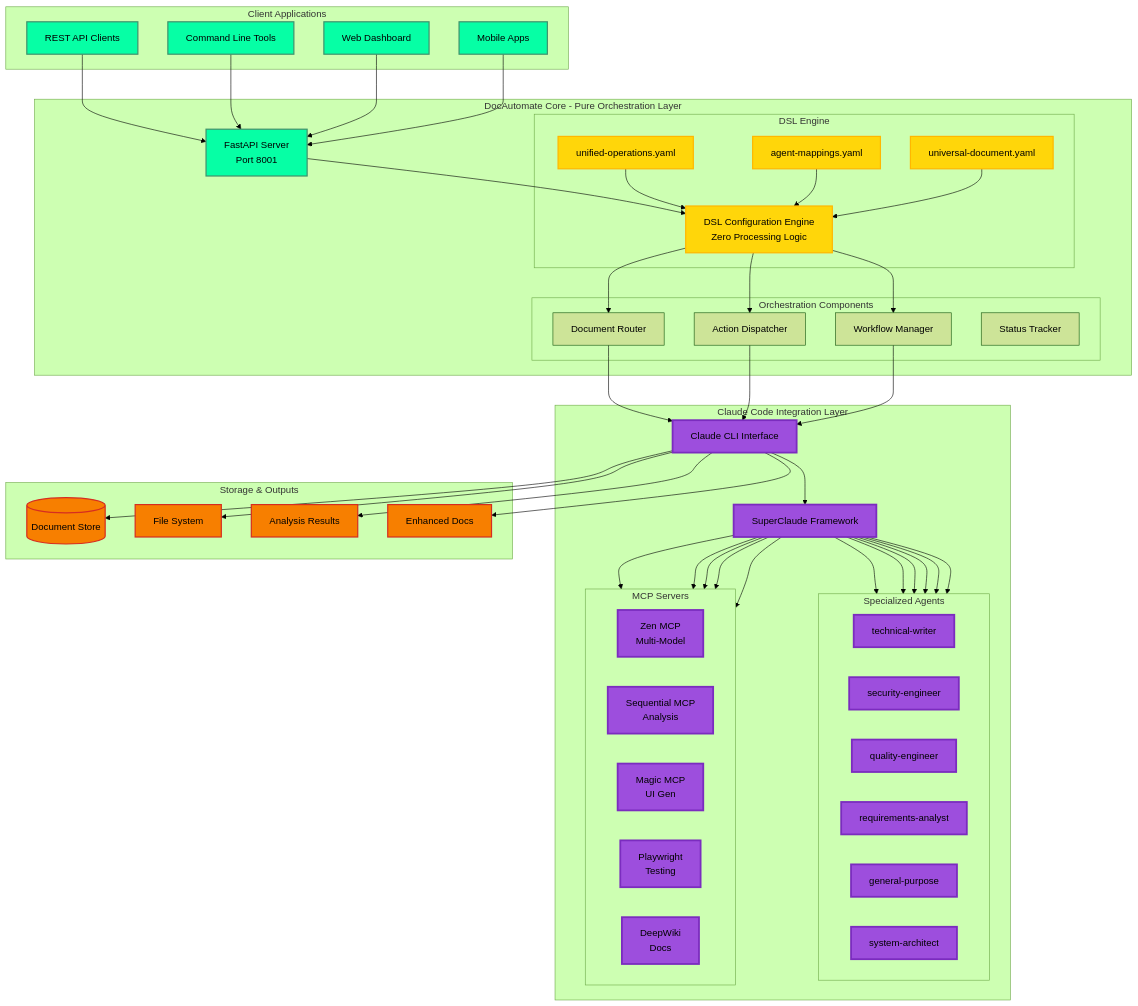
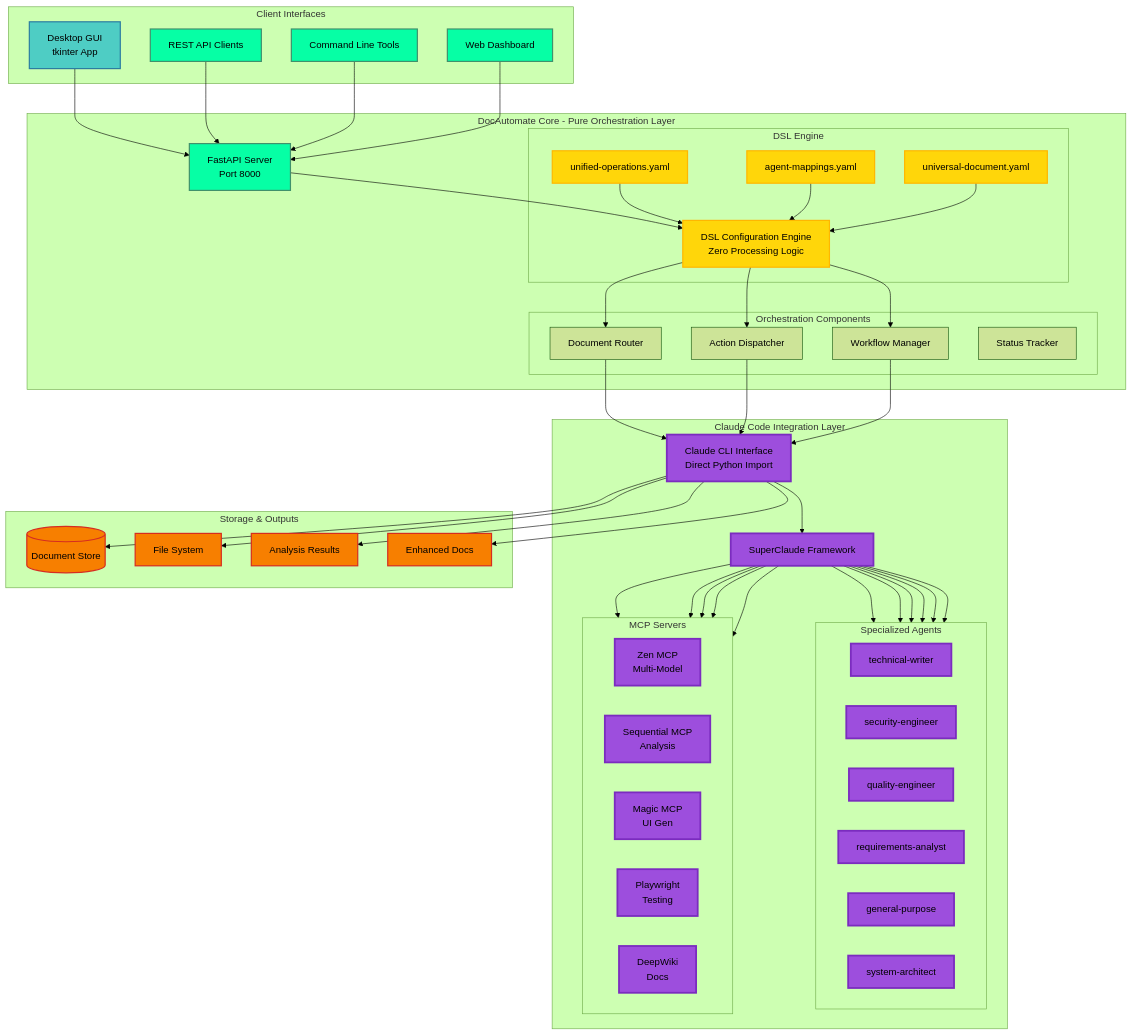
Before and after one commit to Tony363/DocAutomate: the first of 8 diagrams in README.md, drawn with Mermaid (forest theme). The commit also changed other lines of this file and 1 other file, not shown here.

````diff
--- a/README.md
+++ b/README.md
@@ -57,14 +42,14 @@
 ```mermaid
 graph TB
-    subgraph "Client Applications"
+    subgraph "Client Interfaces"
+        GUI[Desktop GUI<br/>tkinter App]
         REST[REST API Clients]
         CLI[Command Line Tools]
         WEB[Web Dashboard]
-        MOBILE[Mobile Apps]
     end
 
     subgraph "DocAutomate Core - Pure Orchestration Layer"
-        API[FastAPI Server<br/>Port 8001]
+        API[FastAPI Server<br/>Port 8000]
         
         subgraph "DSL Engine"
             DSLCORE[DSL Configuration Engine<br/>Zero Processing Logic]
@@ -82,7 +67,7 @@
     end
 
     subgraph "Claude Code Integration Layer"
-        CLAUDE[Claude CLI Interface]
+        CLAUDE[Claude CLI Interface<br/>Direct Python Import]
         SUPER[SuperClaude Framework]
         
         subgraph "Specialized Agents"
@@ -113,10 +98,10 @@
     end
 
     %% Client connections
+    GUI --> API
     REST --> API
     CLI --> API
     WEB --> API
-    MOBILE --> API
 
     %% Core flow
     API --> DSLCORE
@@ -149,8 +134,10 @@
     classDef claude fill:#9d4edd,stroke:#7b2cbf,stroke-width:3px
     classDef dsl fill:#ffd60a,stroke:#ffb700,stroke-width:2px
     classDef storage fill:#f77f00,stroke:#d62d20,stroke-width:2px
+    classDef gui fill:#4ecdc4,stroke:#2c7da0,stroke-width:2px
 
-    class API,REST,CLI,WEB,MOBILE api
+    class API,REST,CLI,WEB api
+    class GUI gui
     class CLAUDE,SUPER,TECH,SEC,QUAL,REQ,GEN,ARCH,ZEN,SEQ,MAGIC,PLAY,DEEP claude
     class DSLCORE,UNIFIED,MAPPINGS,TEMPLATES dsl
     class DB,FILES,RESULTS,REMEDIATED storage
````
